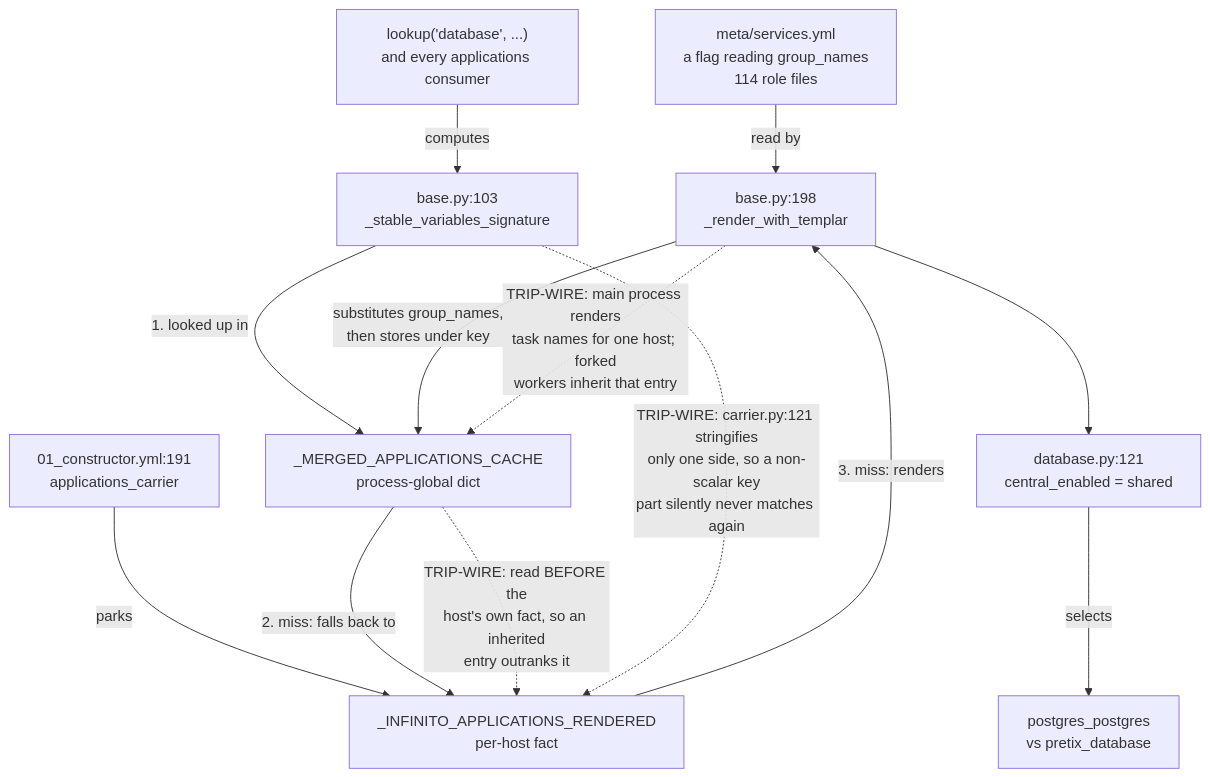
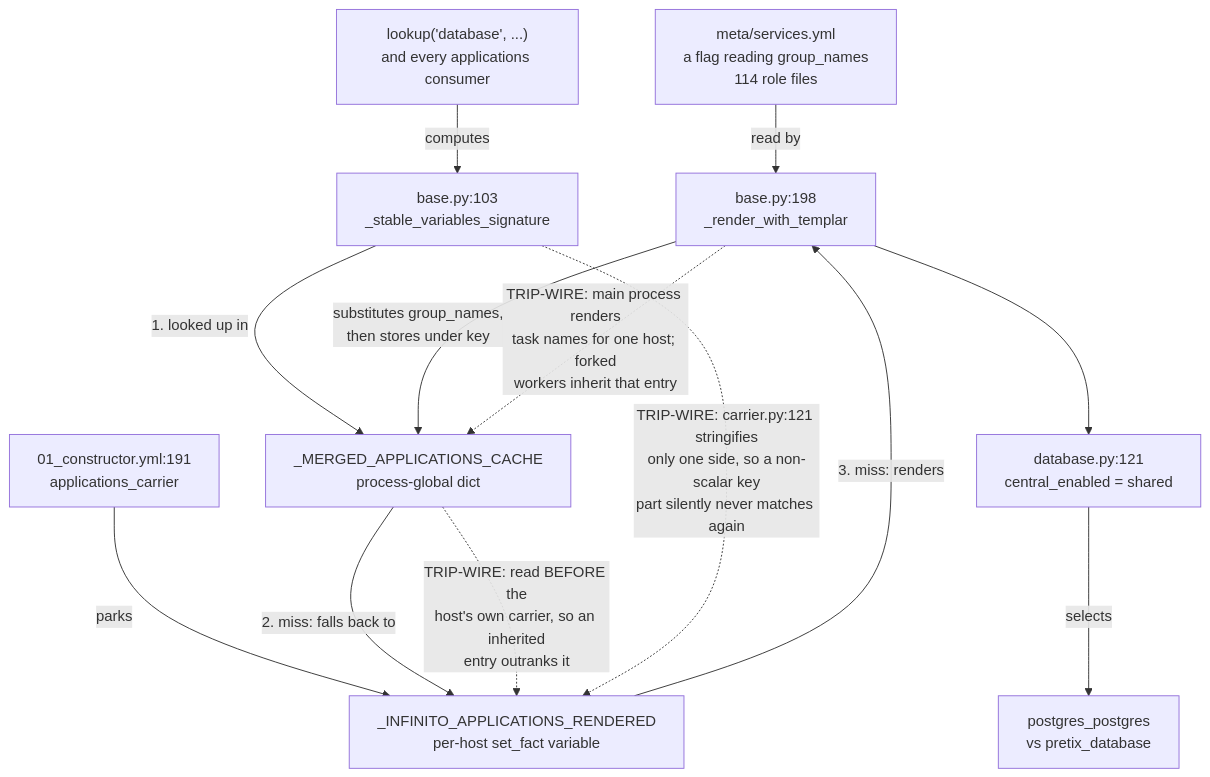
One commit to infinito-nexus/core changed the diagram in utils/cache/README.md. Above: the diagram before and after it, drawn with Mermaid. The commit also changed other lines of this file and 9 other files, not shown here.

Commit message:
perf(applications_carrier): park the carriers outside the fact cache

````diff
--- a/utils/cache/README.md
+++ b/utils/cache/README.md
@@ -63,26 +63,26 @@
 ```mermaid
 flowchart TD
     decl["meta/services.yml<br/>a flag reading group_names<br/>114 role files"]
     ctor["01_constructor.yml:191<br/>applications_carrier"]
-    fact["_INFINITO_APPLICATIONS_RENDERED<br/>per-host fact"]
+    fact["_INFINITO_APPLICATIONS_RENDERED<br/>per-host set_fact variable"]
     lookup["lookup('database', ...)<br/>and every applications consumer"]
     key["base.py:103<br/>_stable_variables_signature"]
     proc["_MERGED_APPLICATIONS_CACHE<br/>process-global dict"]
     render["base.py:198<br/>_render_with_templar"]
     consumer["database.py:121<br/>central_enabled = shared"]
     name["postgres_postgres<br/>vs pretix_database"]
 
     decl -->|"read by"| render
     ctor -->|"parks"| fact
     lookup -->|"computes"| key
     key -->|"1. looked up in"| proc
     proc -->|"2. miss: falls back to"| fact
     fact -->|"3. miss: renders"| render
     render -->|"substitutes group_names,<br/>then stores under key"| proc
     render --> consumer
     consumer -->|"selects"| name
 
-    proc -.->|"TRIP-WIRE: read BEFORE the<br/>host's own fact, so an inherited<br/>entry outranks it"| fact
+    proc -.->|"TRIP-WIRE: read BEFORE the<br/>host's own carrier, so an inherited<br/>entry outranks it"| fact
     render -.->|"TRIP-WIRE: main process renders<br/>task names for one host; forked<br/>workers inherit that entry"| proc
     key -.->|"TRIP-WIRE: carrier.py:121 stringifies<br/>only one side, so a non-scalar key<br/>part silently never matches again"| fact
 ```
````
